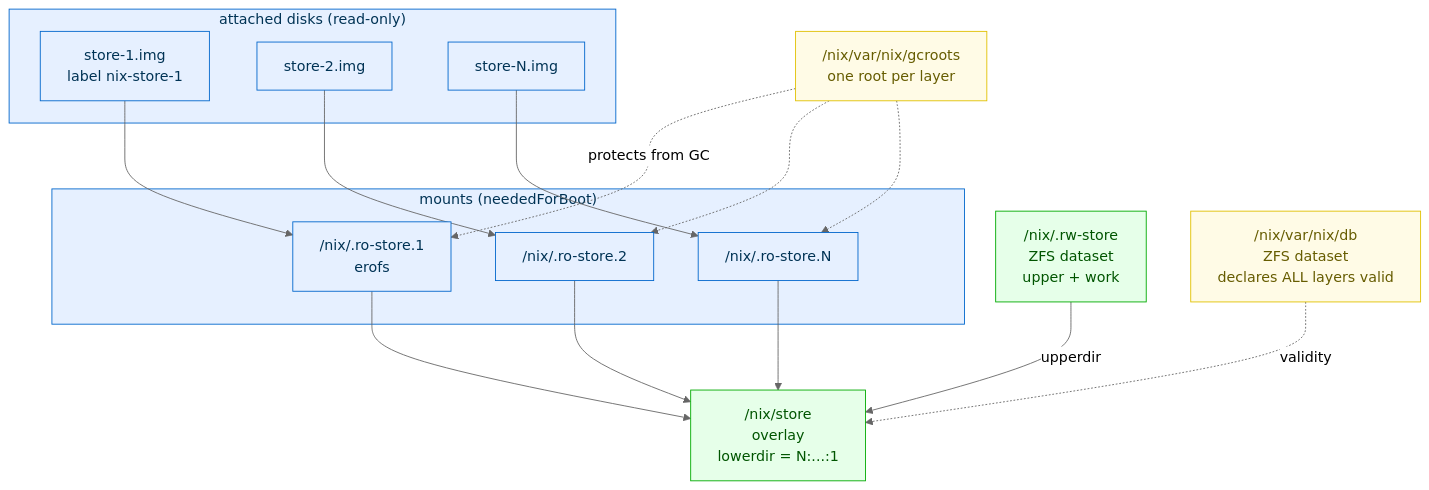
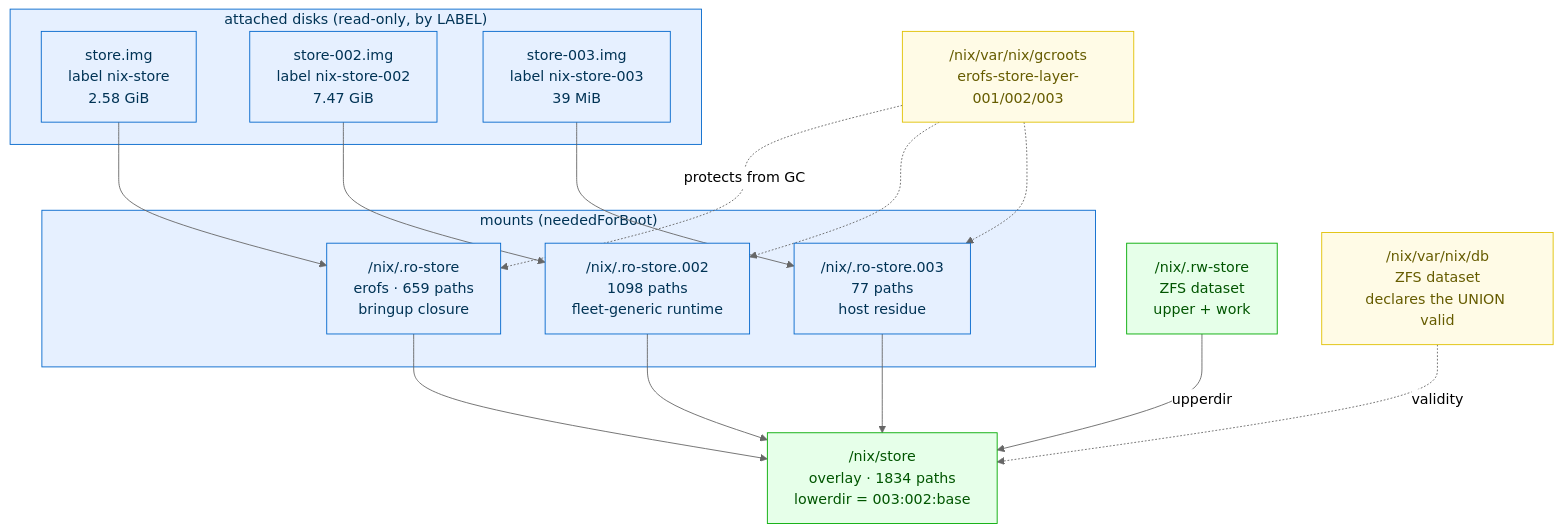
One commit to seedmatic/rke2lab changed the third of 5 diagrams in docs/architecture/nixos-substrate/erofs-store-layer-stack.adoc. Above: the diagram before and after it, drawn with Mermaid (neutral theme). The commit also changed other lines of this file and 4 other files, not shown here.

```diff
--- a/docs/architecture/nixos-substrate/erofs-store-layer-stack.adoc
+++ b/docs/architecture/nixos-substrate/erofs-store-layer-stack.adoc
@@ -156,39 +181,39 @@
 [mermaid]
 ----
 flowchart TB
-  subgraph disks["attached disks (read-only)"]
-    D1["store-1.img<br/>label nix-store-1"]
-    D2["store-2.img"]
-    DN["store-N.img"]
+  subgraph disks["attached disks (read-only, by LABEL)"]
+    D1["store.img<br/>label nix-store<br/>2.58 GiB"]
+    D2["store-002.img<br/>label nix-store-002<br/>7.47 GiB"]
+    D3["store-003.img<br/>label nix-store-003<br/>39 MiB"]
   end
 
   subgraph mounts["mounts (neededForBoot)"]
-    M1["/nix/.ro-store.1<br/>erofs"]
-    M2["/nix/.ro-store.2"]
-    MN["/nix/.ro-store.N"]
+    M1["/nix/.ro-store<br/>erofs · 659 paths<br/>bringup closure"]
+    M2["/nix/.ro-store.002<br/>1098 paths<br/>fleet-generic runtime"]
+    M3["/nix/.ro-store.003<br/>77 paths<br/>host residue"]
   end
 
   UPPER["/nix/.rw-store<br/>ZFS dataset<br/>upper + work"]
-  STORE["/nix/store<br/>overlay<br/>lowerdir = N:...:1"]
-  DB["/nix/var/nix/db<br/>ZFS dataset<br/>declares ALL layers valid"]
-  ROOTS["/nix/var/nix/gcroots<br/>one root per layer"]
+  STORE["/nix/store<br/>overlay · 1834 paths<br/>lowerdir = 003:002:base"]
+  DB["/nix/var/nix/db<br/>ZFS dataset<br/>declares the UNION valid"]
+  ROOTS["/nix/var/nix/gcroots<br/>erofs-store-layer-001/002/003"]
 
   D1 --> M1
   D2 --> M2
-  DN --> MN
-  MN --> STORE
+  D3 --> M3
+  M3 --> STORE
   M2 --> STORE
   M1 --> STORE
   UPPER -->|"upperdir"| STORE
   DB -.->|"validity"| STORE
   ROOTS -.->|"protects from GC"| M1
   ROOTS -.-> M2
-  ROOTS -.-> MN
+  ROOTS -.-> M3
 
   classDef ro fill:#e6f0ff,stroke:#06c,color:#035;
   classDef rw fill:#e6ffe9,stroke:#0a0,color:#050;
   classDef ctl fill:#fffbe6,stroke:#e0c000,color:#665c00;
-  class disks,mounts,D1,D2,DN,M1,M2,MN ro
+  class disks,mounts,D1,D2,D3,M1,M2,M3 ro
   class UPPER,STORE rw
   class DB,ROOTS ctl
 ----
```
